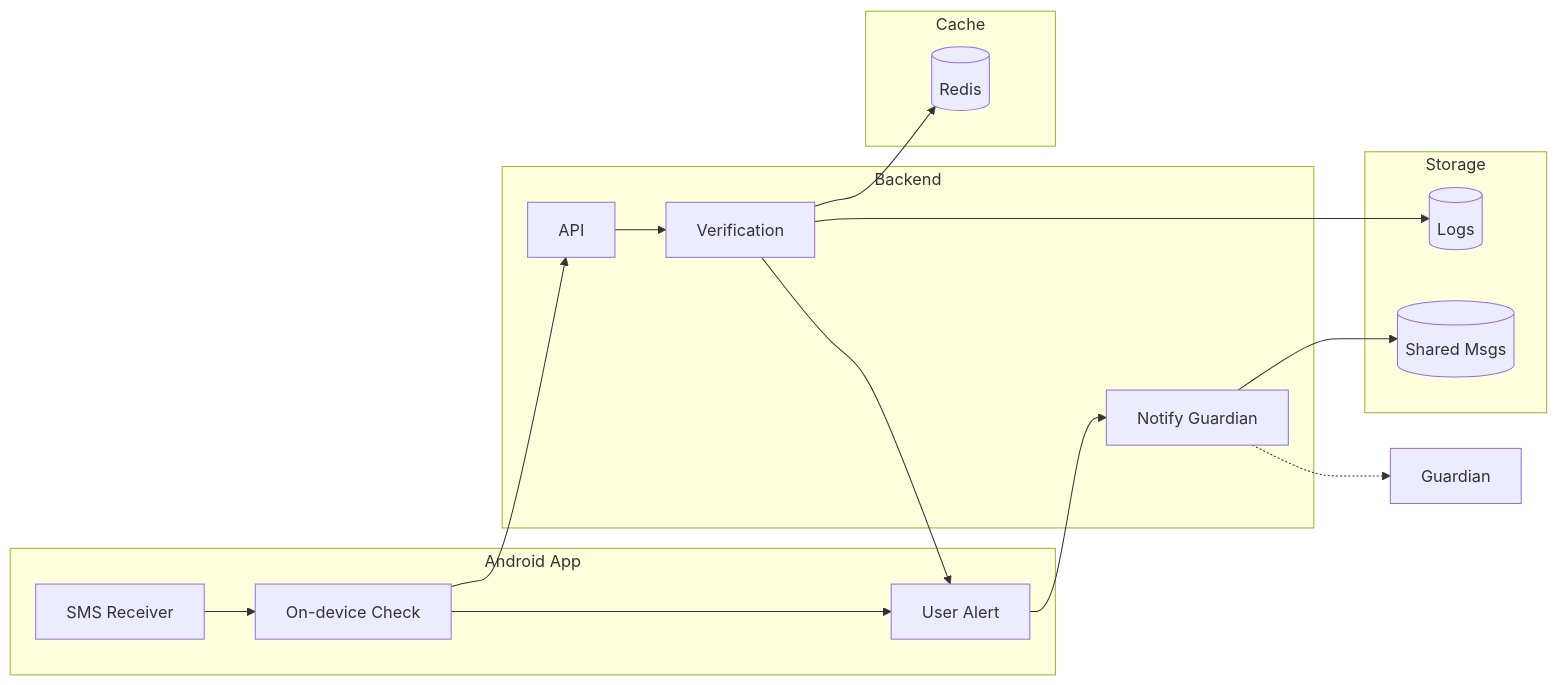
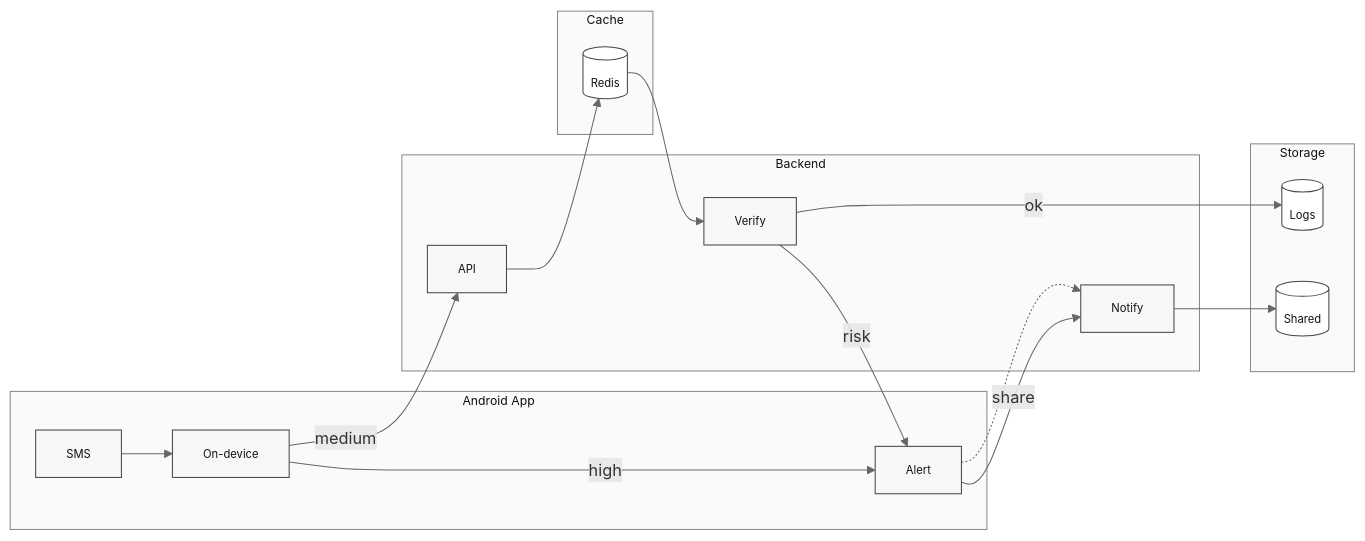
The diagram in README2.md (GA-Safety/Guardian-Agent), drawn with Mermaid before and after one commit.

````diff
--- a/README2.md
+++ b/README2.md
@@ -56,36 +56,48 @@
 ```mermaid
 graph LR
+  %% --- Subgraphs ---
   subgraph FE["Android App"]
-    SMS["SMS Receiver"]
-    Local["On-device Check"]
-    UI["User Alert"]
+    SMS["SMS"]
+    Local["On-device"]
+    UI["Alert"]
   end
 
   subgraph BE["Backend"]
     API["API"]
-    Verify["Verification"]
-    Notify["Notify Guardian"]
+    Verify["Verify"]
+    Notify["Notify"]
   end
 
   subgraph C["Cache"]
     R[(Redis)]
   end
 
   subgraph D["Storage"]
     Logs[(Logs)]
-    Shared[(Shared Msgs)]
+    Shared[(Shared)]
   end
 
+  %% --- Flow ---
   SMS --> Local
-  Local --> UI
-  Local --> API
+  Local -->|"high"| UI
+  UI -.-> Notify
 
-  API --> Verify
-  Verify --> R
-  Verify --> Logs
-  Verify --> UI
+  Local -->|"medium"| API
+  API --> R --> Verify
+  Verify -->|"risk"| UI
+  Verify -->|"ok"| Logs
 
-  UI --> Notify
+  UI -->|"share"| Notify
   Notify --> Shared
-  Notify -.-> Guardian
+
+  %% --- Compact styling ---
+  classDef box fill:#F7F7F7,stroke:#444,color:#111,stroke-width:1px,font-size:11px;
+  classDef store fill:#FFFFFF,stroke:#444,color:#111,stroke-width:1px,font-size:11px;
+  classDef panel fill:#FAFAFA,stroke:#888,color:#111,stroke-width:1px,font-size:12px;
+
+  class SMS,Local,UI,API,Verify,Notify box;
+  class R,Logs,Shared store;
+  class FE,BE,C,D panel;
+
+  linkStyle default stroke:#666,stroke-width:1px;
 ```
````
